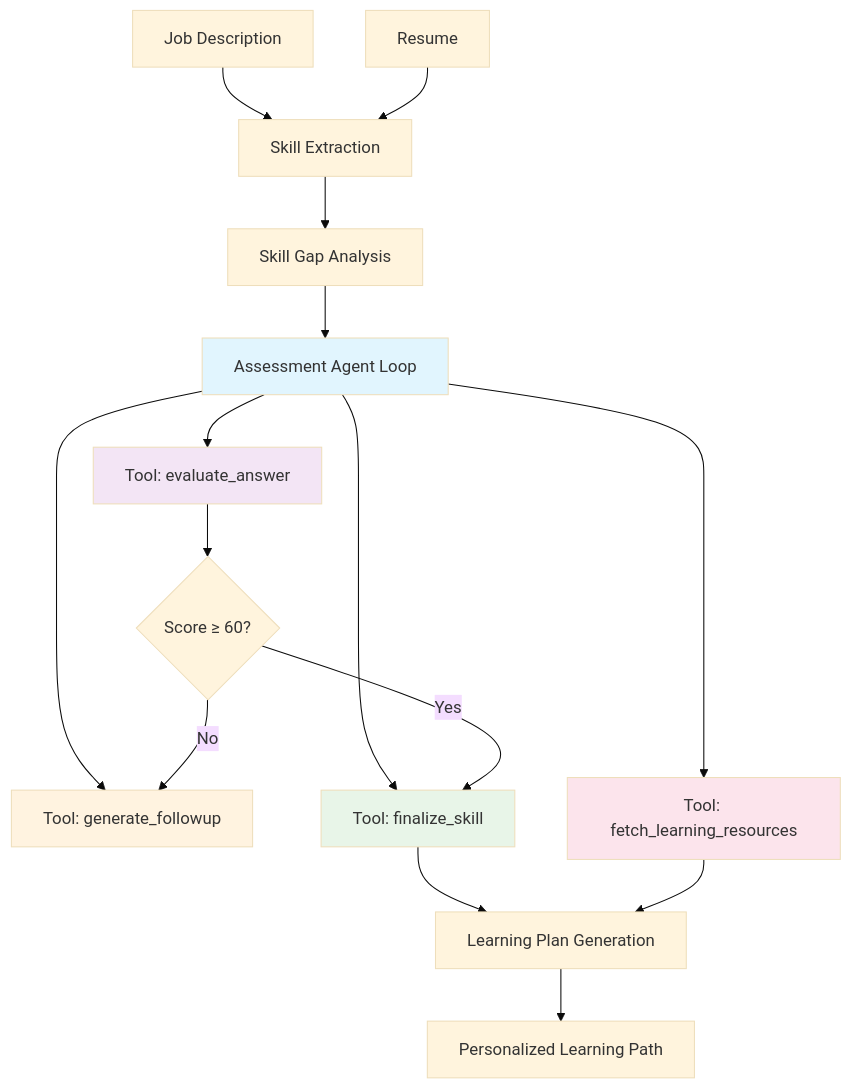
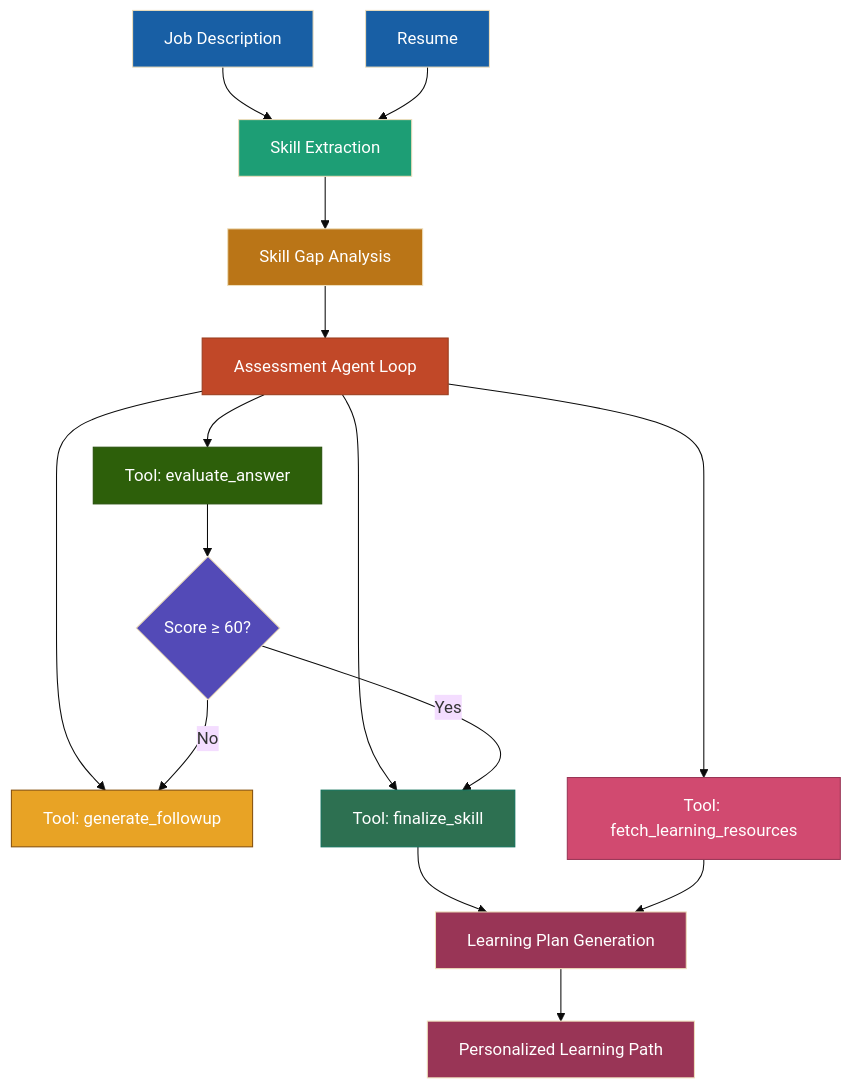
Before and after one commit to nelli-ganesh-reddy/skill-assessment-agent: the diagram in README.md, drawn with Mermaid (base theme).

````diff
--- a/README.md
+++ b/README.md
@@ -34,27 +34,29 @@
 ```mermaid
 graph TB
     A[Job Description] --> B[Skill Extraction]
     C[Resume] --> B
     B --> D[Skill Gap Analysis]
-
     D --> E[Assessment Agent Loop]
     E --> F[Tool: evaluate_answer]
     E --> G[Tool: generate_followup]
     E --> H[Tool: finalize_skill]
     E --> I[Tool: fetch_learning_resources]
-
     F --> J{Score ≥ 60?}
     J -->|Yes| H
     J -->|No| G
-
     H --> K[Learning Plan Generation]
     I --> K
-
     K --> L[Personalized Learning Path]
-
-    style E fill:#e1f5fe
-    style F fill:#f3e5f5
-    style G fill:#fff3e0
-    style H fill:#e8f5e8
-    style I fill:#fce4ec
+    style E fill:#C14828,stroke:#993C1D,color:#fff
+    style F fill:#2D5F0A,stroke:#27500A,color:#fff
+    style G fill:#E8A325,stroke:#854F0B,color:#fff
+    style H fill:#2D7051,stroke:#0F6E56,color:#fff
+    style I fill:#D14A70,stroke:#993556,color:#fff
+    style A fill:#185FA5,color:#fff
+    style B fill:#1D9E75,color:#fff
+    style C fill:#185FA5,color:#fff
+    style D fill:#BA7517,color:#fff
+    style J fill:#534AB7,color:#fff
+    style K fill:#993556,color:#fff
+    style L fill:#993556,color:#fff
 ```
````
